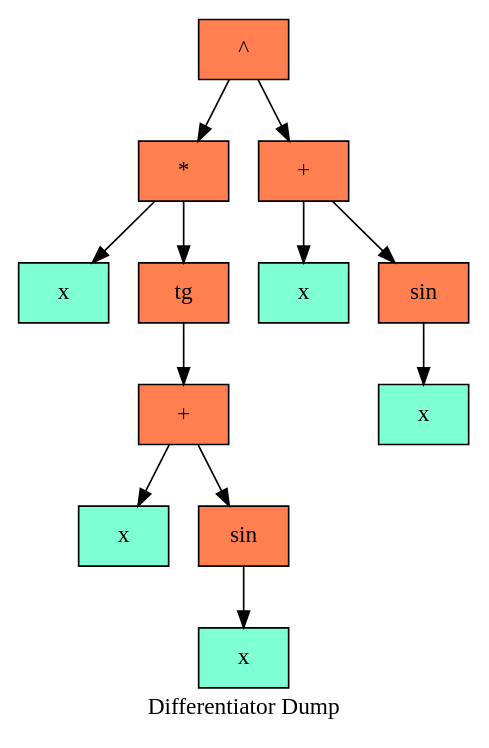
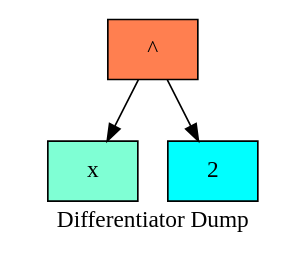
One commit to aidenfmunro/Differentiator changed the diagram in log/dot/treegraph_0.dot. Above: the diagram before and after it, drawn with Graphviz. The commit also changed 11 other files, not shown here.

```diff
--- a/log/dot/treegraph_0.dot
+++ b/log/dot/treegraph_0.dot
@@ -1,29 +1,11 @@
   digraph tree  {
   node[   shape     = "Mrecord",  style     = "filled",  fillcolor = "aqua",  fontcolor = "#000000",  margin    = "0.075"];
   rankdir   = "TB";
 
   label     = "Differentiator Dump";
 "node0" [shape = "record", label = "{^}", fillcolor = "coral"]
-"node1" [shape = "record", label = "{*}", fillcolor = "coral"]
-"node2" [shape = "record", label = "{x}", fillcolor = "aquamarine"]
-"node1" -> "node2"
-"node3" [shape = "record", label = "{tg}", fillcolor = "coral"]
-"node4" [shape = "record", label = "{+}", fillcolor = "coral"]
-"node5" [shape = "record", label = "{x}", fillcolor = "aquamarine"]
-"node4" -> "node5"
-"node6" [shape = "record", label = "{sin}", fillcolor = "coral"]
-"node7" [shape = "record", label = "{x}", fillcolor = "aquamarine"]
-"node6" -> "node7"
-"node4" -> "node6"
-"node3" -> "node4"
-"node1" -> "node3"
+"node1" [shape = "record", label = "{x}", fillcolor = "aquamarine"]
 "node0" -> "node1"
-"node8" [shape = "record", label = "{+}", fillcolor = "coral"]
-"node9" [shape = "record", label = "{x}", fillcolor = "aquamarine"]
-"node8" -> "node9"
-"node10" [shape = "record", label = "{sin}", fillcolor = "coral"]
-"node11" [shape = "record", label = "{x}", fillcolor = "aquamarine"]
-"node10" -> "node11"
-"node8" -> "node10"
-"node0" -> "node8"
+"node2" [shape = "record", label = "{2}", fillcolor = "aqua"]
+"node0" -> "node2"
   }
```
